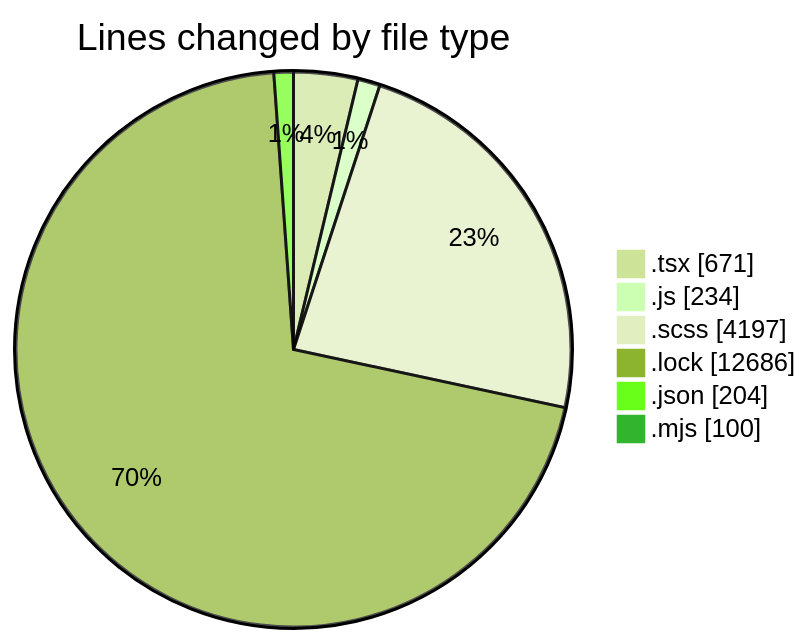
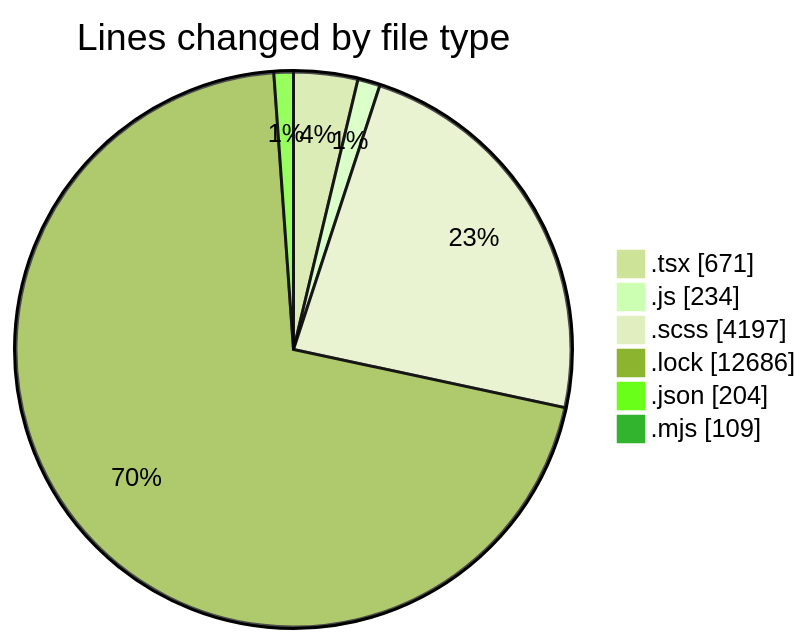
One commit to momahboobian/code-tracking changed the first of 2 diagrams in 2026-01-22/cda-web-components/README.md. Above: the diagram before and after it, drawn with Mermaid (forest theme). The commit also changed other lines of this file and 1 other file, not shown here.

````diff
--- a/2026-01-22/cda-web-components/README.md
+++ b/2026-01-22/cda-web-components/README.md
@@ -59,10 +59,10 @@
 ```mermaid
 pie showData
 title Lines changed by file type
 ".tsx" : 671
 ".js" : 234
 ".scss" : 4197
 ".lock" : 12686
 ".json" : 204
-".mjs" : 100
+".mjs" : 109
 ```
````
